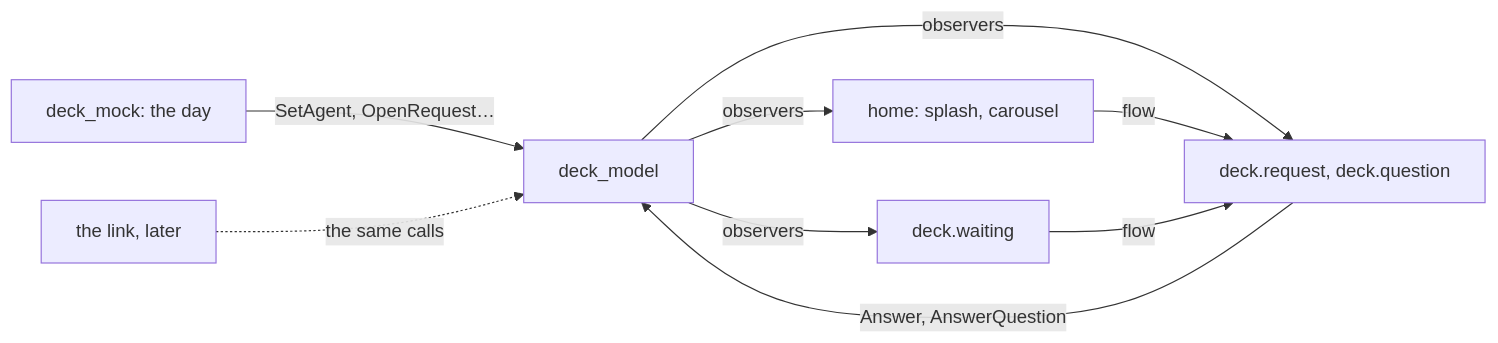
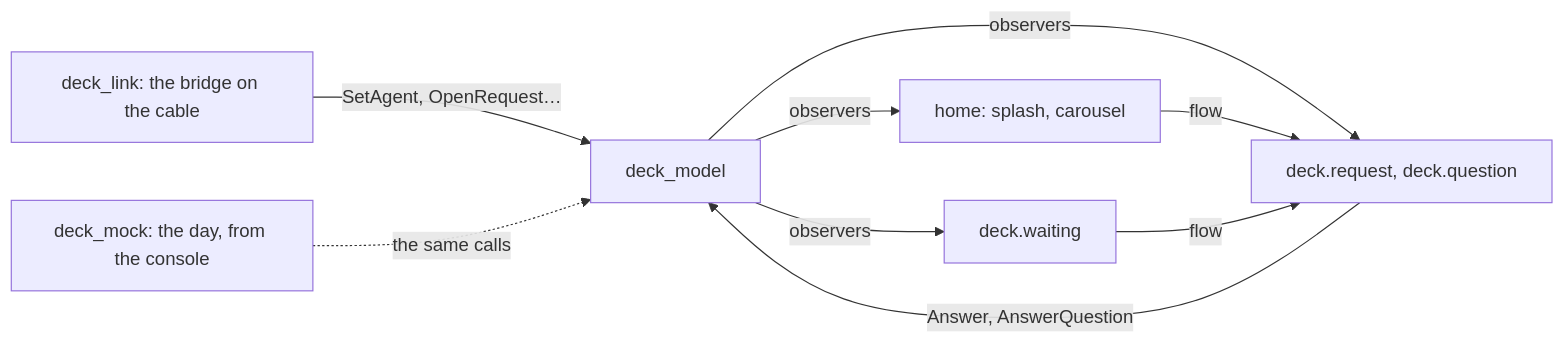
Before and after one commit to alxv2016/agent-jam-sticky: the first of 2 diagrams in docs/STICKY_AGENT_DECK.md, drawn with Mermaid. The commit also changed other lines of this file and 38 other files, not shown here.

````diff
--- a/docs/STICKY_AGENT_DECK.md
+++ b/docs/STICKY_AGENT_DECK.md
@@ -25,11 +26,11 @@
 ```mermaid
 flowchart LR
-  M[deck_mock: the day] -->|SetAgent, OpenRequest…| D[deck_model]
-  L[the link, later] -.->|the same calls| D
+  L[deck_link: the bridge on the cable] -->|SetAgent, OpenRequest…| D[deck_model]
+  M[deck_mock: the day, from the console] -.->|the same calls| D
   D -->|observers| H[home: splash, carousel]
   D -->|observers| W[deck.waiting]
   D -->|observers| R[deck.request, deck.question]
   H -->|flow| R
   W -->|flow| R
   R -->|Answer, AnswerQuestion| D
 ```
````
